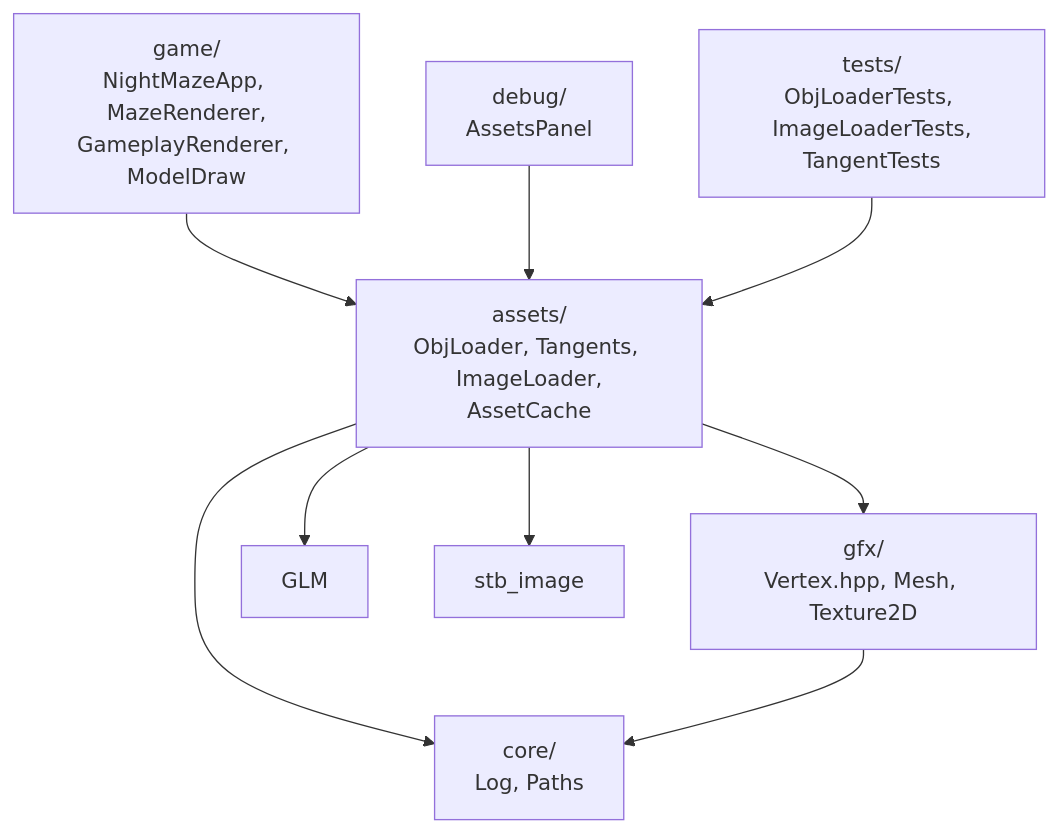
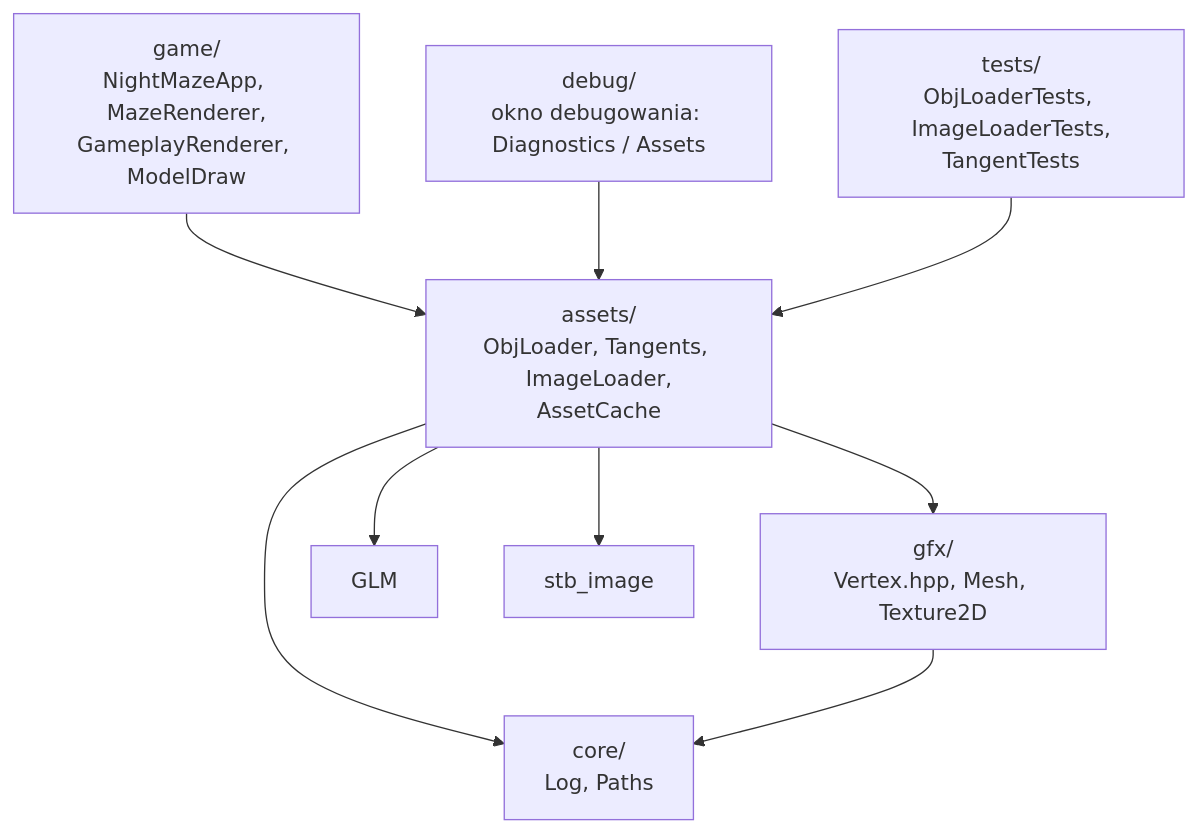
The second of 2 diagrams in docs/modules/assets/README.md (Shironex/night-maze), drawn with Mermaid before and after one commit. The commit also changed other lines of this file and 91 other files, not shown here.

Commit message:
docs(debug): rewrite the debug ui document for the one window and repoint the panel references

````diff
--- a/docs/modules/assets/README.md
+++ b/docs/modules/assets/README.md
@@ -89,11 +89,11 @@
 ```mermaid
 flowchart TD
     Game["game/<br/>NightMazeApp, MazeRenderer,<br/>GameplayRenderer, ModelDraw"] --> Assets
-    Debug["debug/<br/>AssetsPanel"] --> Assets
+    Debug["debug/<br/>okno debugowania: Diagnostics / Assets"] --> Assets
     Tests["tests/<br/>ObjLoaderTests, ImageLoaderTests,<br/>TangentTests"] --> Assets
     Assets["assets/<br/>ObjLoader, Tangents, ImageLoader,<br/>AssetCache"] --> Gfx["gfx/<br/>Vertex.hpp, Mesh, Texture2D"]
     Assets --> Core["core/<br/>Log, Paths"]
     Assets --> Glm["GLM"]
     Assets --> Stb["stb_image"]
     Gfx --> Core
 ```
````
